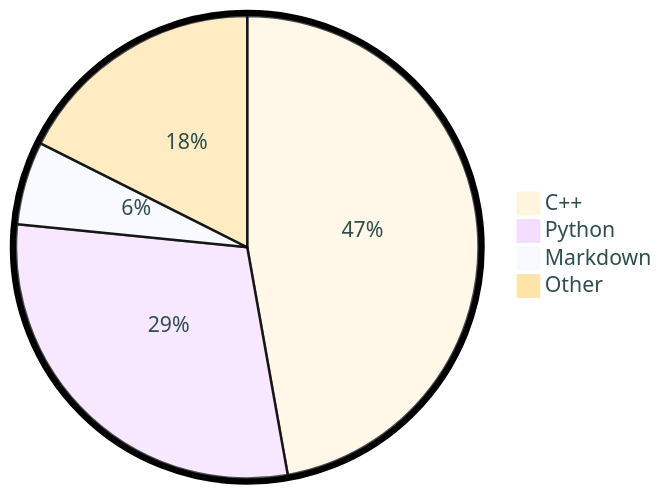
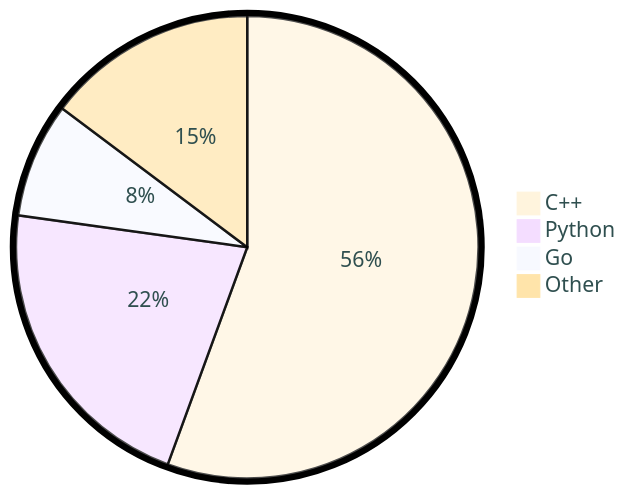
One commit to tot0p/tot0p changed the diagram in README.md. Above: the diagram before and after it, drawn with Mermaid. The commit also changed other lines of this file, not shown here.

````diff
--- a/README.md
+++ b/README.md
@@ -85,8 +84,8 @@
 ```mermaid
 %%{init: {"pie": {"textPosition": 0.5}, "themeVariables": {"pieOuterStrokeWidth": "5px","primaryTextColor" : "#2F4F4F"},"theme":"base"} }%%
 pie
-	"C++": 47.2
-	"Python": 29.4
-	"Markdown": 5.82
-	"Other": 17.590000000000003
+	"C++": 55.59
+	"Python": 21.62
+	"Go": 8.04
+	"Other": 14.76
 ```
````
